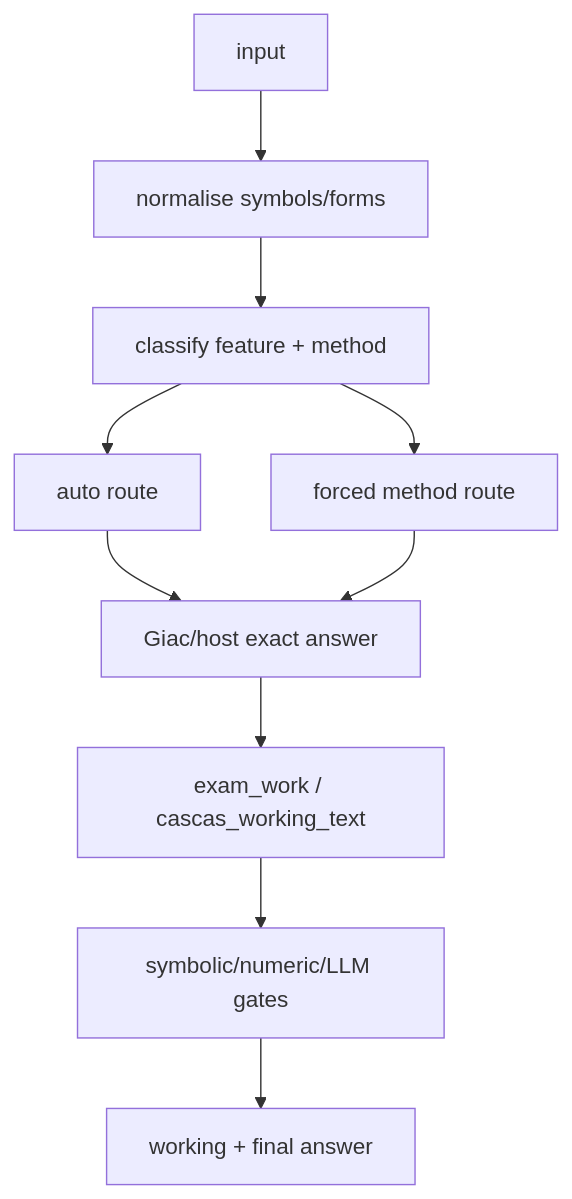
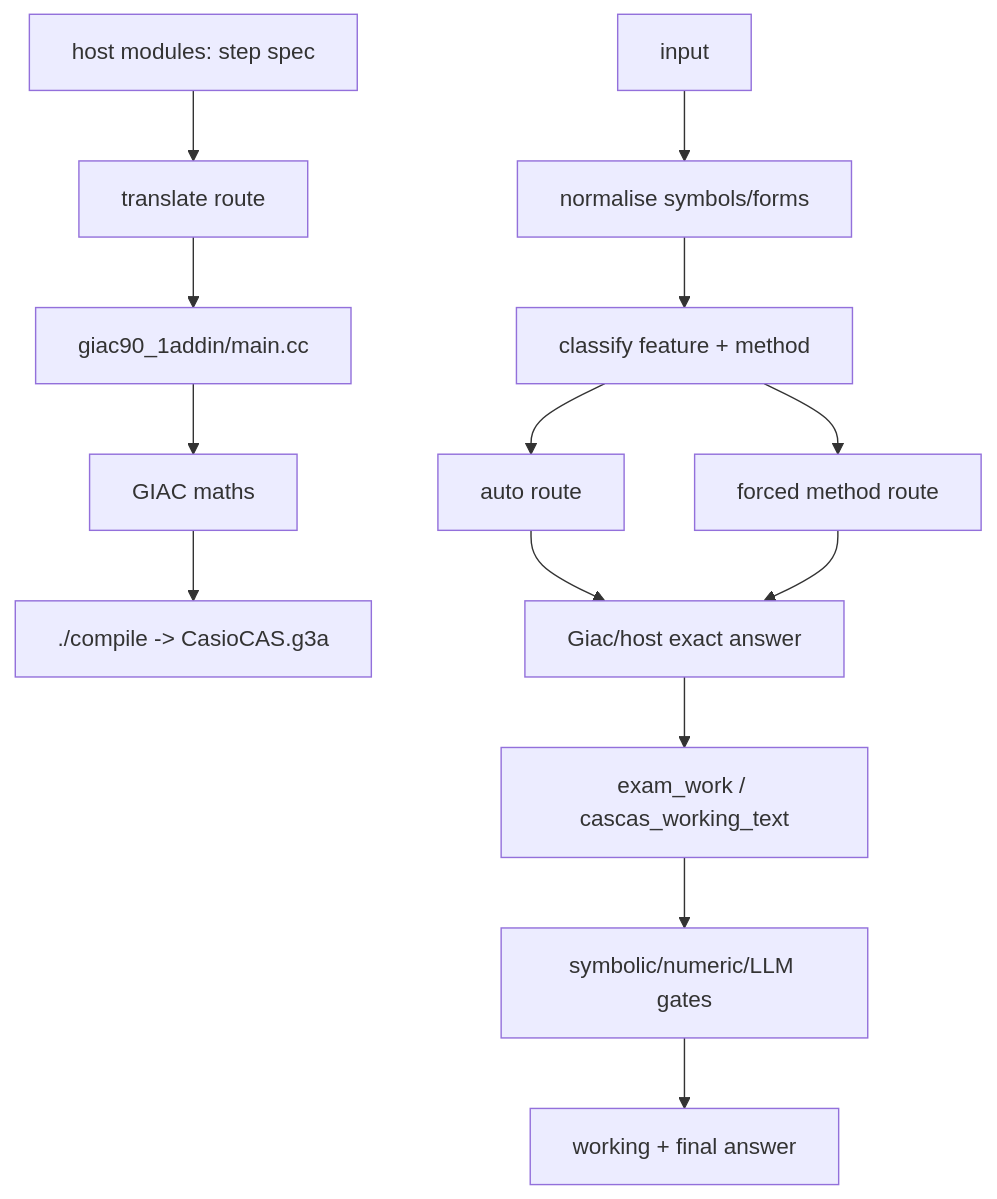
Before and after one commit to james8464/notes-addin-casio-fx-cg50: the fifth of 10 diagrams in c++/GRAPH.md, drawn with Mermaid. The commit also changed 4 other files, not shown here.

````diff
--- a/c++/GRAPH.md
+++ b/c++/GRAPH.md
@@ -117,12 +117,17 @@
 ```mermaid
 graph TD
+  Spec["host modules: step spec"] --> Port["translate route"]
+  Port --> MainCC["giac90_1addin/main.cc"]
+  MainCC --> GiacProd["GIAC maths"]
+  GiacProd --> G3AProd["./compile -> CasioCAS.g3a"]
+
   In["input"] --> Norm["normalise symbols/forms"]
   Norm --> Class["classify feature + method"]
   Class --> Auto["auto route"]
   Class --> Forced["forced method route"]
   Auto --> Exact["Giac/host exact answer"]
   Forced --> Exact
   Exact --> Steps["exam_work / cascas_working_text"]
   Steps --> Verify["symbolic/numeric/LLM gates"]
   Verify --> Out["working + final answer"]
 ```
````
